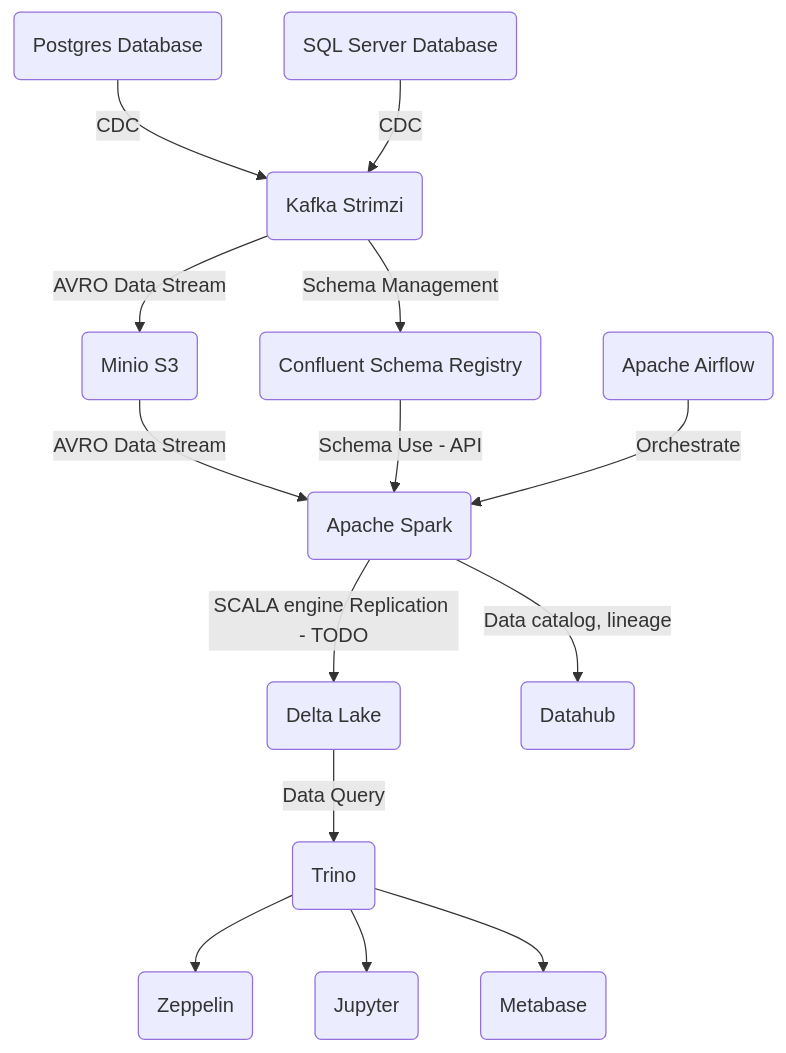
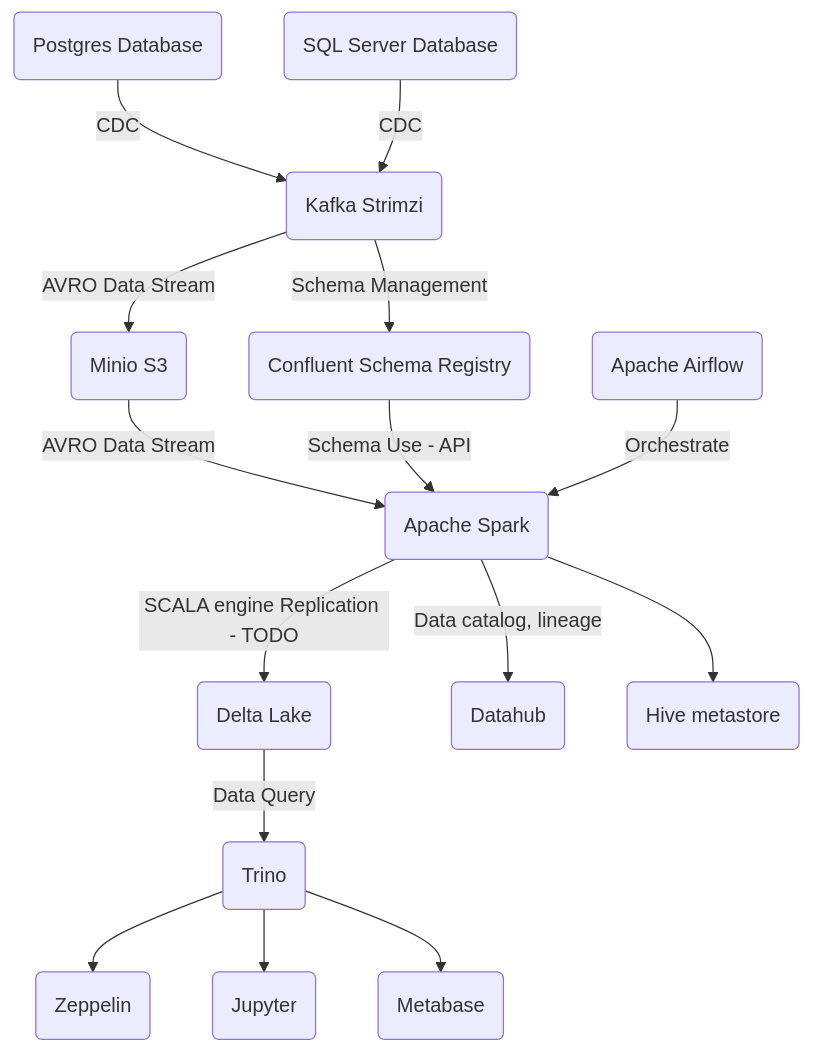
The diagram in README.md (rogeriomm/labtools-k8s), drawn with Mermaid before and after one commit.

````diff
--- a/README.md
+++ b/README.md
@@ -14,21 +14,22 @@
 ```mermaid
 flowchart TD
     Postgres(Postgres Database) -->|CDC| Kafka(Kafka Strimzi)
     SQLServer(SQL Server Database) -->|CDC| Kafka
     Kafka -->|AVRO Data Stream| ConsumerMinio(Minio S3)
     ConsumerMinio -->|AVRO Data Stream| ConsumerSpark(Apache Spark)
     ConsumerSpark --> |SCALA engine Replication - TODO| ConsumerDelta(Delta Lake)
     ConsumerSpark --> |Data catalog, lineage| ConsumerDatahub(Datahub)
+    ConsumerSpark --> HiveMetastore(Hive metastore)
     Kafka -->|Schema Management| SchemaRegistry(Confluent Schema Registry)
     SchemaRegistry -->|Schema Use - API| ConsumerSpark
     ConsumerDelta -->|Data Query| Trino(Trino)
     Airflow(Apache Airflow) -->|Orchestrate| ConsumerSpark
     Trino --> Zeppelin(Zeppelin)
     Trino --> Jupyter(Jupyter)
     Trino --> Metabase(Metabase)
     
     class Postgres,SQLServer database;
     class Kafka,SchemaRegistry kafka;
     class ConsumerMinio,ConsumerSpark,ConsumerDelta,Trino,Airflow consumers;
     class Datahub datahub;
 ```
````
